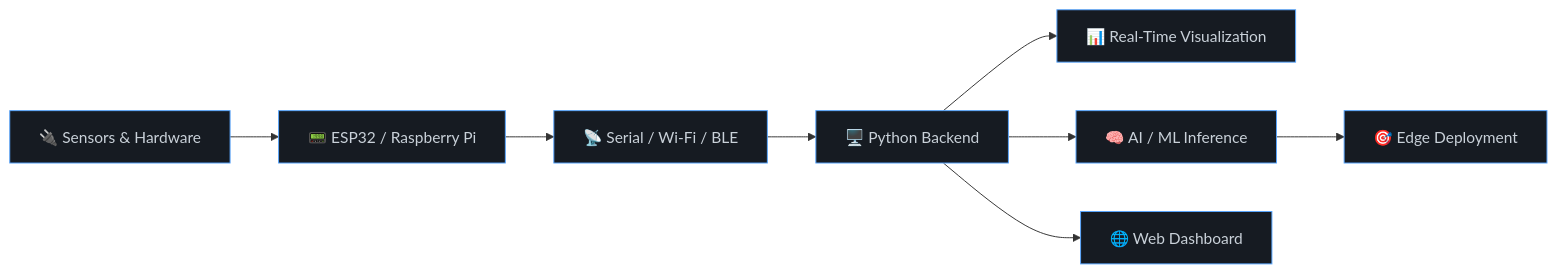
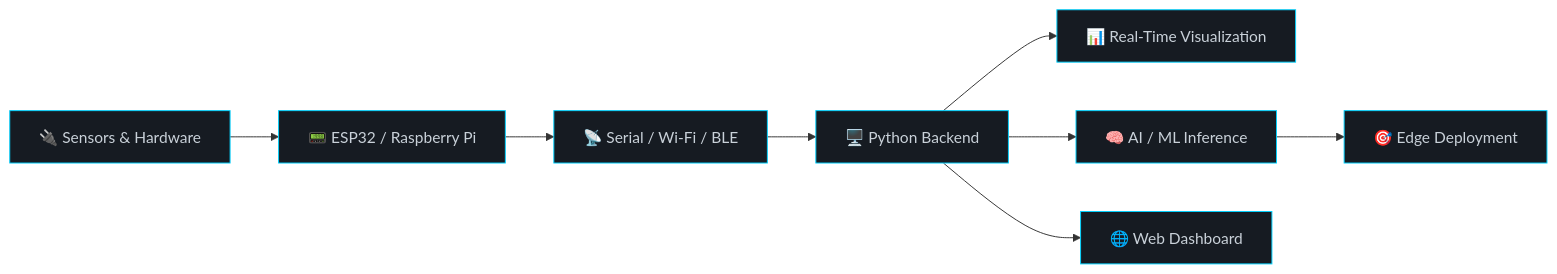
The diagram in README.md (Sandhu93/Sandhu93), drawn with Mermaid before and after one commit. The commit also changed other lines of this file, not shown here.

````diff
--- a/README.md
+++ b/README.md
@@ -227,19 +165,19 @@
 ```mermaid
 graph LR
     A[🔌 Sensors & Hardware] --> B[📟 ESP32 / Raspberry Pi]
     B --> C[📡 Serial / Wi-Fi / BLE]
     C --> D[🖥️ Python Backend]
     D --> E[📊 Real-Time Visualization]
     D --> F[🧠 AI / ML Inference]
     F --> G[🎯 Edge Deployment]
     D --> H[🌐 Web Dashboard]
 
-    style A fill:#161b22,stroke:#58a6ff,color:#c9d1d9
-    style B fill:#161b22,stroke:#58a6ff,color:#c9d1d9
-    style C fill:#161b22,stroke:#58a6ff,color:#c9d1d9
-    style D fill:#161b22,stroke:#58a6ff,color:#c9d1d9
-    style E fill:#161b22,stroke:#58a6ff,color:#c9d1d9
-    style F fill:#161b22,stroke:#58a6ff,color:#c9d1d9
-    style G fill:#161b22,stroke:#58a6ff,color:#c9d1d9
-    style H fill:#161b22,stroke:#58a6ff,color:#c9d1d9
+    style A fill:#161b22,stroke:#00d2ff,color:#c9d1d9
+    style B fill:#161b22,stroke:#00d2ff,color:#c9d1d9
+    style C fill:#161b22,stroke:#00d2ff,color:#c9d1d9
+    style D fill:#161b22,stroke:#00d2ff,color:#c9d1d9
+    style E fill:#161b22,stroke:#00d2ff,color:#c9d1d9
+    style F fill:#161b22,stroke:#00d2ff,color:#c9d1d9
+    style G fill:#161b22,stroke:#00d2ff,color:#c9d1d9
+    style H fill:#161b22,stroke:#00d2ff,color:#c9d1d9
 ```
````
